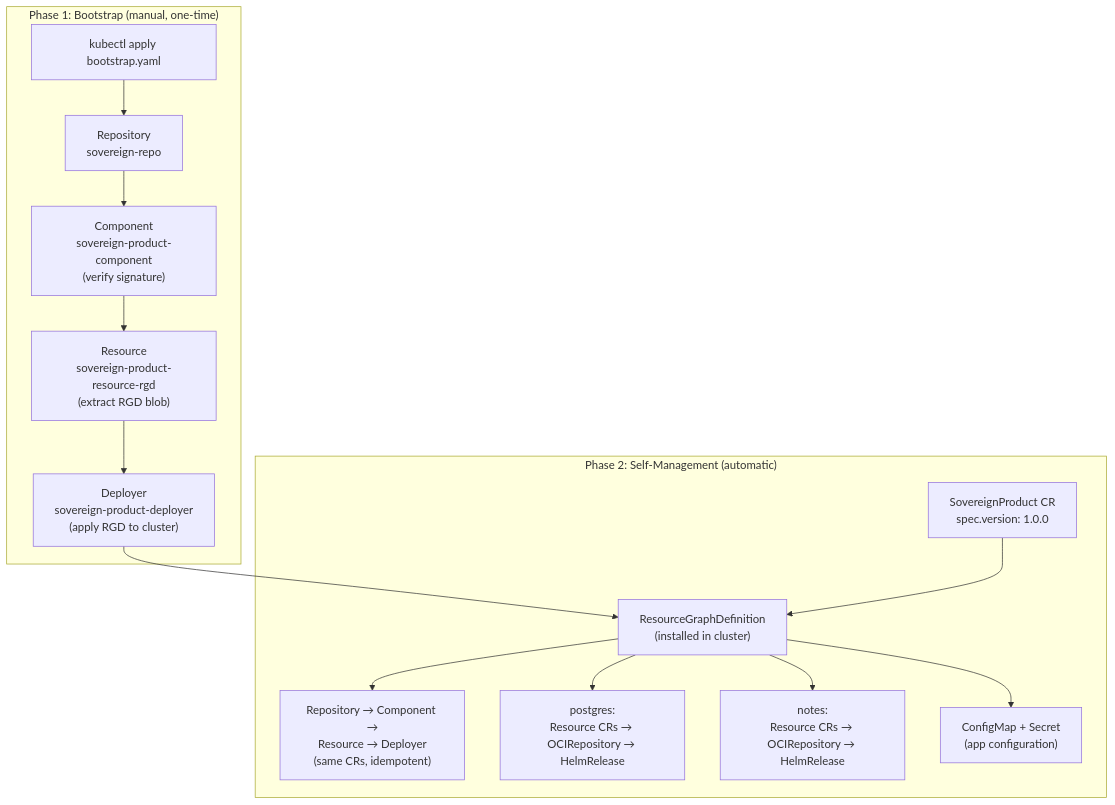
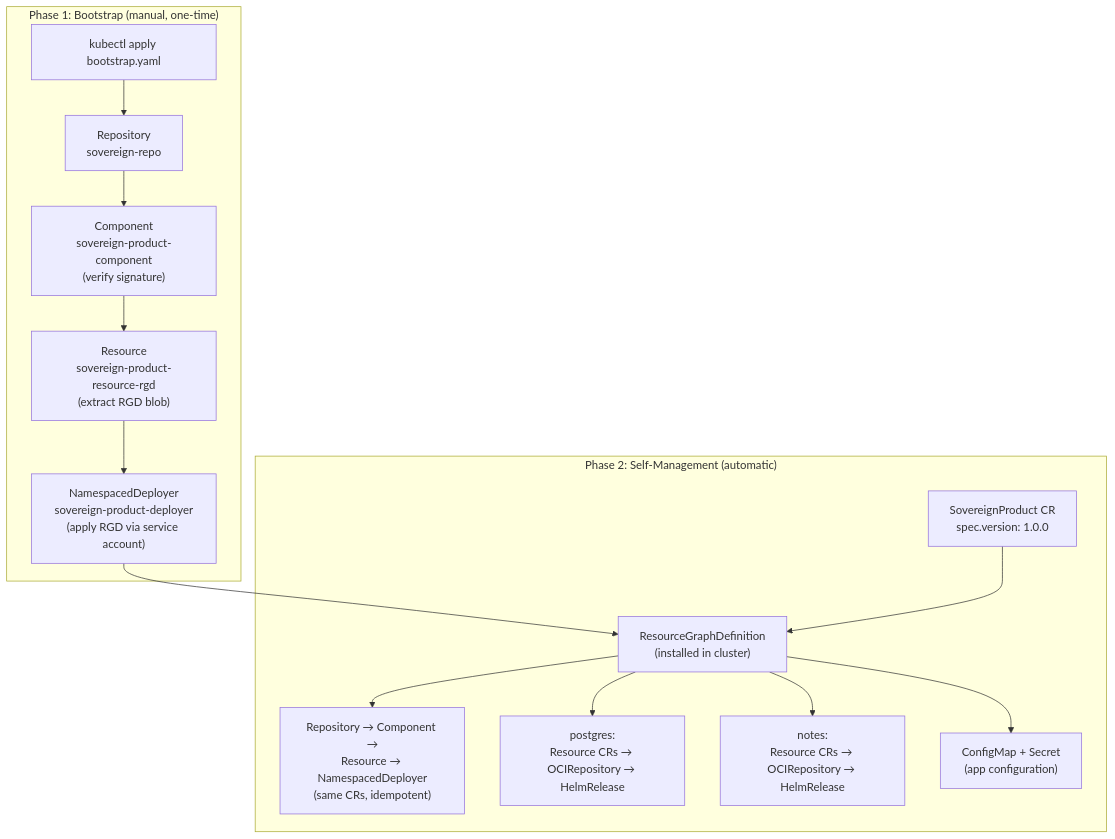
The second of 3 diagrams in conformance/scenarios/sovereign/README.md (sk31337/open-component-model), drawn with Mermaid before and after one commit. The commit also changed other lines of this file and 14 other files, not shown here.

First line of the commit message:
chore(conformance): bump kro to 0.9.4 and deploy via NamespacedDeployer (#4021)

````diff
--- a/conformance/scenarios/sovereign/README.md
+++ b/conformance/scenarios/sovereign/README.md
@@ -50,20 +50,20 @@
 ```mermaid
 flowchart TD
     subgraph phase1["Phase 1: Bootstrap (manual, one-time)"]
         apply["kubectl apply bootstrap.yaml"]
         apply --> repo["Repository\nsovereign-repo"]
         repo --> comp["Component\nsovereign-product-component\n(verify signature)"]
         comp --> res["Resource\nsovereign-product-resource-rgd\n(extract RGD blob)"]
-        res --> deployer["Deployer\nsovereign-product-deployer\n(apply RGD to cluster)"]
+        res --> deployer["NamespacedDeployer\nsovereign-product-deployer\n(apply RGD via service account)"]
     end
 
     deployer --> rgd["ResourceGraphDefinition\n(installed in cluster)"]
 
     subgraph phase2["Phase 2: Self-Management (automatic)"]
         sp["SovereignProduct CR\nspec.version: 1.0.0"] --> rgd
-        rgd --> bootstrap_crs["Repository → Component →\nResource → Deployer\n(same CRs, idempotent)"]
+        rgd --> bootstrap_crs["Repository → Component →\nResource → NamespacedDeployer\n(same CRs, idempotent)"]
         rgd --> pg_chain["postgres:\nResource CRs → OCIRepository → HelmRelease"]
         rgd --> notes_chain["notes:\nResource CRs → OCIRepository → HelmRelease"]
         rgd --> config["ConfigMap + Secret\n(app configuration)"]
     end
 ```
````
